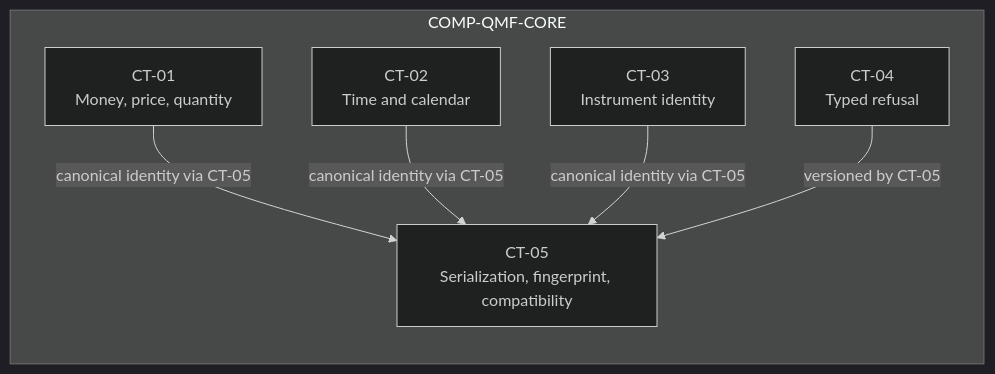
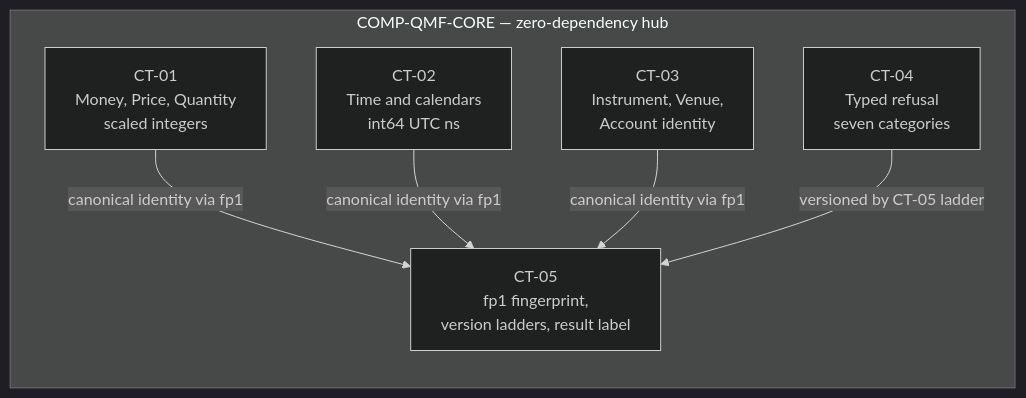
The diagram in docs/components/qmf-core.md (MubarakHimself/QMX), drawn with Mermaid (dark theme) before and after one commit. The commit also changed other lines of this file and 183 other files, not shown here.

````diff
--- a/docs/components/qmf-core.md
+++ b/docs/components/qmf-core.md
@@ -53,14 +69,14 @@
 ```mermaid
 flowchart LR
-    subgraph core[COMP-QMF-CORE]
-        ct01[CT-01<br/>Money, price, quantity]
-        ct02[CT-02<br/>Time and calendar]
-        ct03[CT-03<br/>Instrument identity]
-        ct04[CT-04<br/>Typed refusal]
-        ct05[CT-05<br/>Serialization, fingerprint, compatibility]
-        ct01 -->|"canonical identity via CT-05"| ct05
-        ct02 -->|"canonical identity via CT-05"| ct05
-        ct03 -->|"canonical identity via CT-05"| ct05
-        ct04 -->|"versioned by CT-05"| ct05
+    subgraph core[COMP-QMF-CORE — zero-dependency hub]
+        ct01[CT-01<br/>Money, Price, Quantity<br/>scaled integers]
+        ct02[CT-02<br/>Time and calendars<br/>int64 UTC ns]
+        ct03[CT-03<br/>Instrument, Venue,<br/>Account identity]
+        ct04[CT-04<br/>Typed refusal<br/>seven categories]
+        ct05[CT-05<br/>fp1 fingerprint,<br/>version ladders, result label]
+        ct01 -->|"canonical identity via fp1"| ct05
+        ct02 -->|"canonical identity via fp1"| ct05
+        ct03 -->|"canonical identity via fp1"| ct05
+        ct04 -->|"versioned by CT-05 ladder"| ct05
     end
 ```
````
